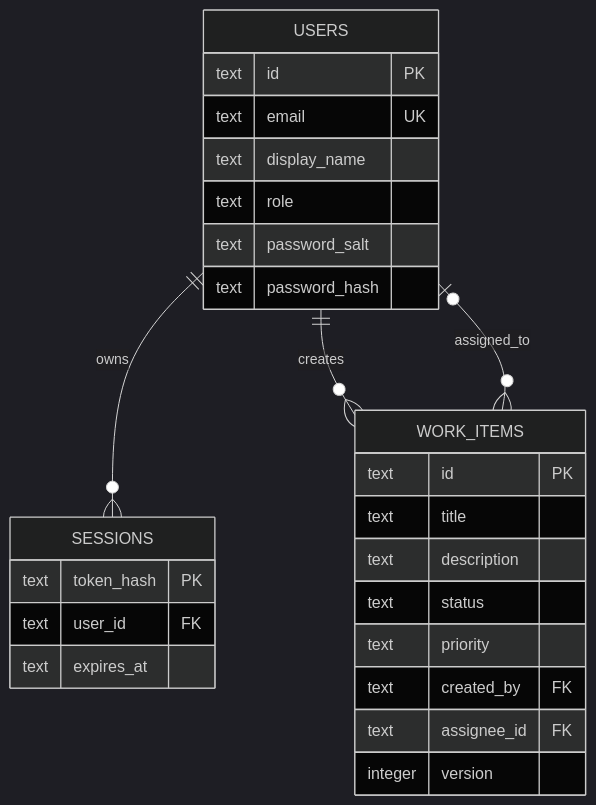
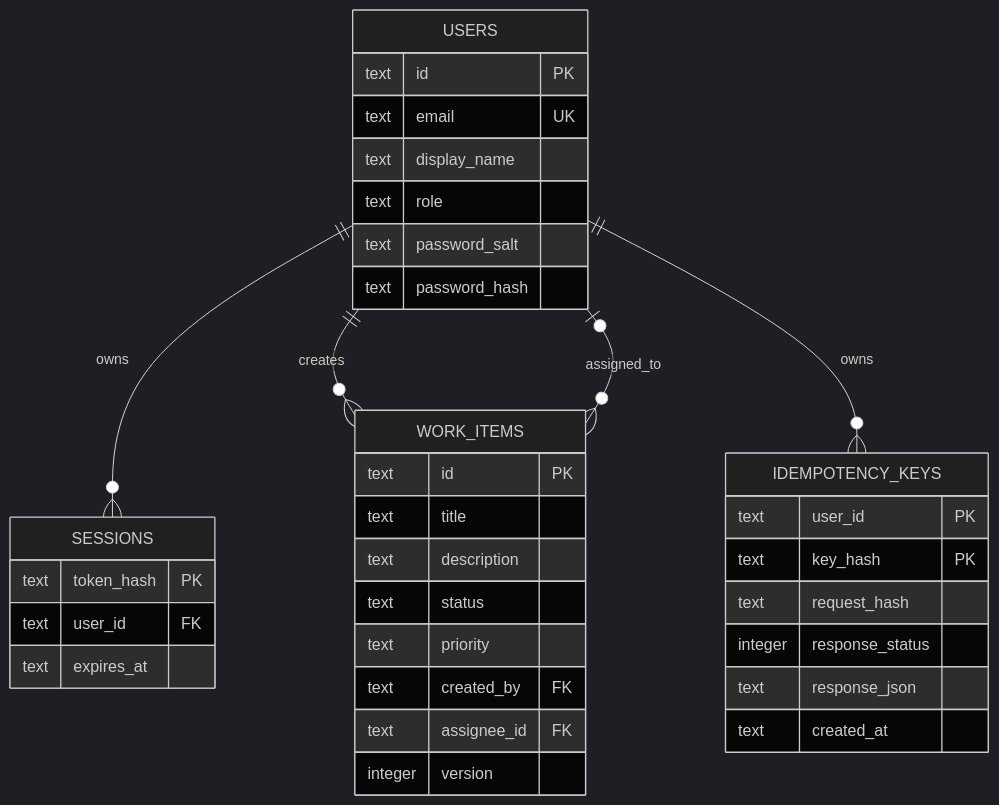
Before and after one commit to AshishKrPandey1234/newtonite-ops-23SCSE1011386: the third of 3 diagrams in README.md, drawn with Mermaid (dark theme). The commit also changed other lines of this file and 6 other files, not shown here.

````diff
--- a/README.md
+++ b/README.md
@@ -123,29 +130,38 @@
 ```mermaid
 erDiagram
   USERS ||--o{ SESSIONS : owns
   USERS ||--o{ WORK_ITEMS : creates
   USERS o|--o{ WORK_ITEMS : assigned_to
+  USERS ||--o{ IDEMPOTENCY_KEYS : owns
   USERS {
     text id PK
     text email UK
     text display_name
     text role
     text password_salt
     text password_hash
   }
   SESSIONS {
     text token_hash PK
     text user_id FK
     text expires_at
   }
   WORK_ITEMS {
     text id PK
     text title
     text description
     text status
     text priority
     text created_by FK
     text assignee_id FK
     integer version
   }
+  IDEMPOTENCY_KEYS {
+    text user_id PK
+    text key_hash PK
+    text request_hash
+    integer response_status
+    text response_json
+    text created_at
+  }
 ```
````
